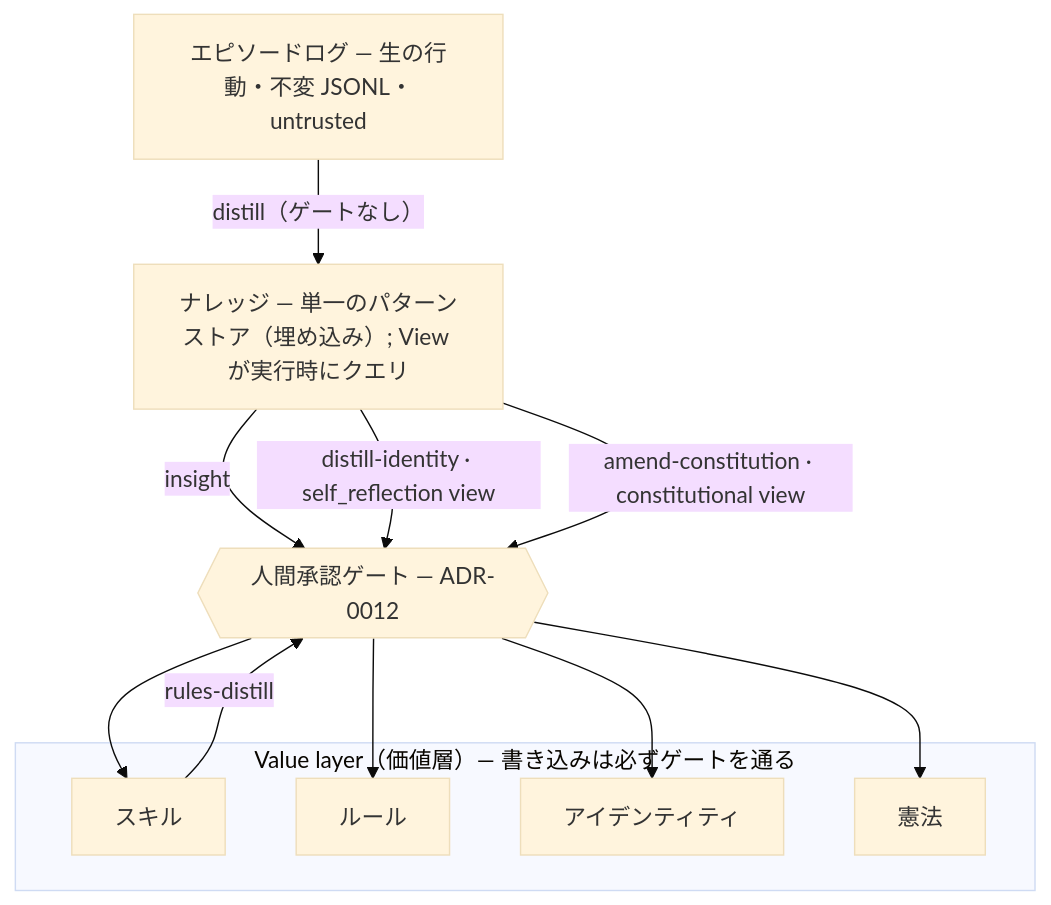
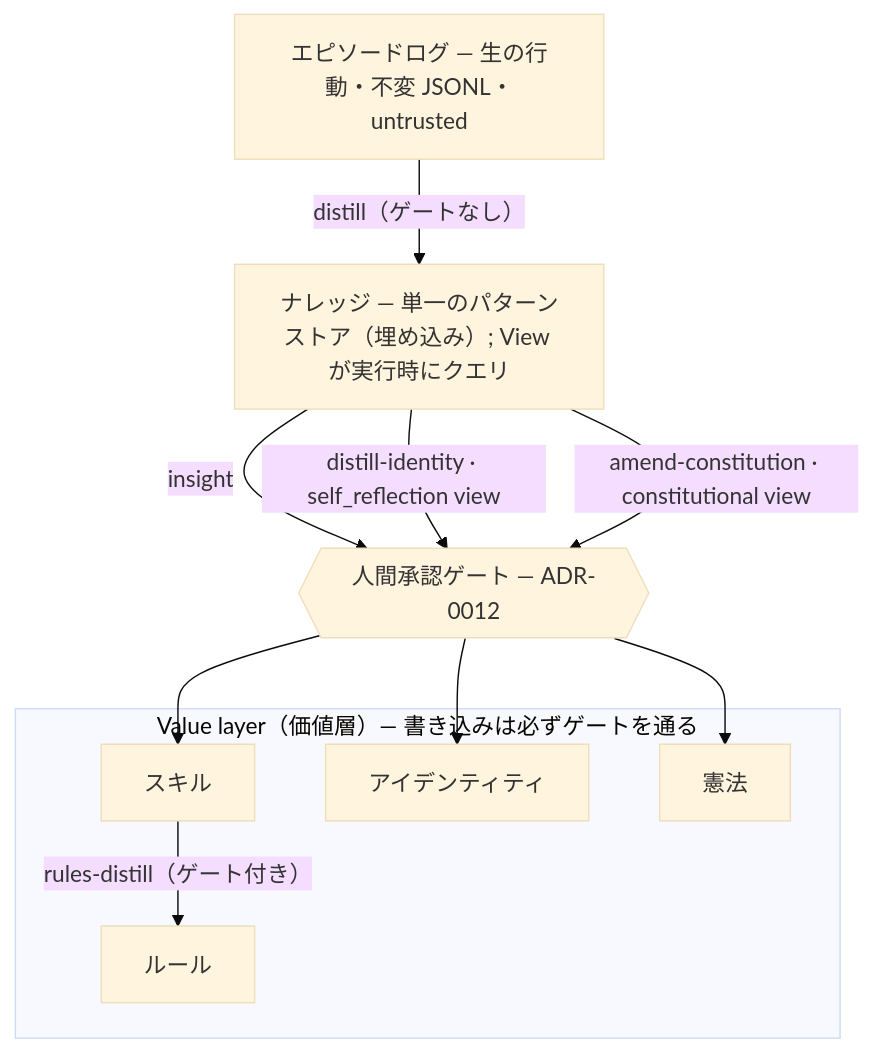
One commit to shimo4228/contemplative-agent changed the diagram in README.ja.md. Above: the diagram before and after it, drawn with Mermaid (base theme). The commit also changed other lines of this file and 1 other file, not shown here.

Commit message:
fix(docs): untangle rules-distill edge in How It Works diagram — gated edge drawn inside the value layer, gate fact carried by caption + text equivalent

````diff
--- a/README.ja.md
+++ b/README.ja.md
@@ -44,21 +44,18 @@
 ```mermaid
 graph TD
     EL["エピソードログ — 生の行動・不変 JSONL・untrusted"]
     K["ナレッジ — 単一のパターンストア（埋め込み）; View が実行時にクエリ"]
     G{{"人間承認ゲート — ADR-0012"}}
     EL -->|"distill（ゲートなし）"| K
     K -->|insight| G
     K -->|"distill-identity · self_reflection view"| G
     K -->|"amend-constitution · constitutional view"| G
-    Skills -->|rules-distill| G
     subgraph VL["Value layer（価値層）— 書き込みは必ずゲートを通る"]
-        Skills["スキル"]
-        Rules["ルール"]
+        Skills["スキル"] -->|"rules-distill（ゲート付き）"| Rules["ルール"]
         Identity["アイデンティティ"]
         Constitution["憲法"]
     end
     G --> Skills
-    G --> Rules
     G --> Identity
     G --> Constitution
 ```
````
